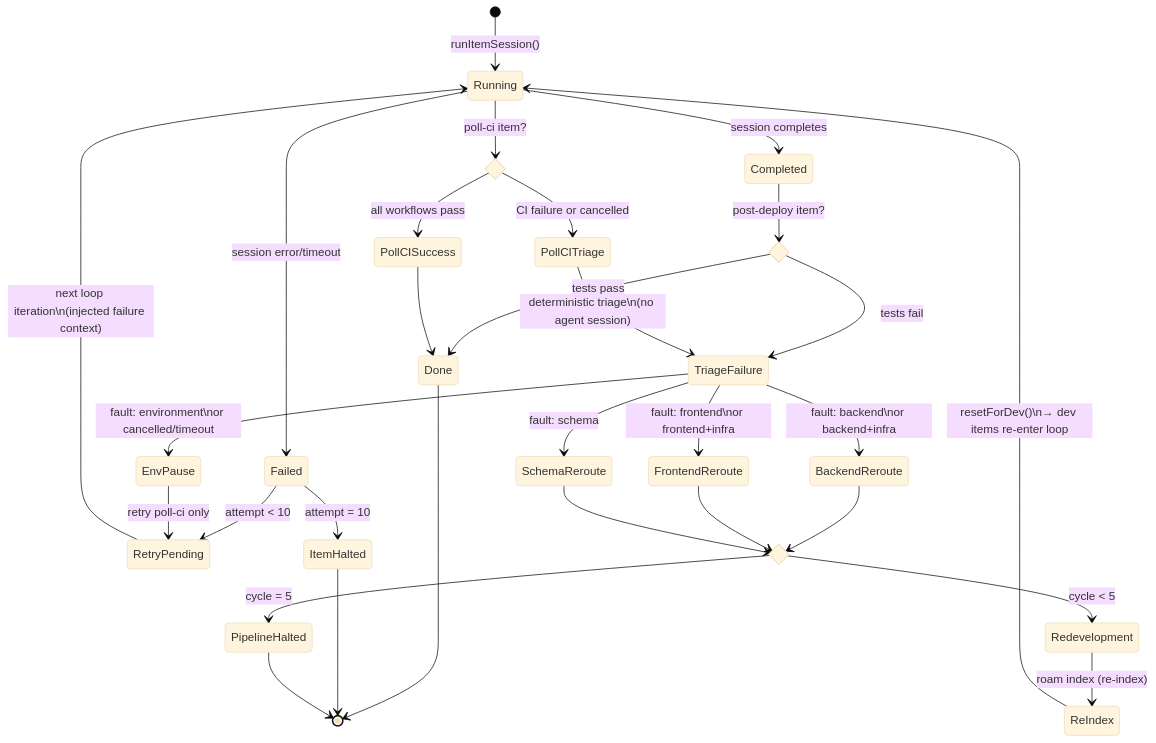
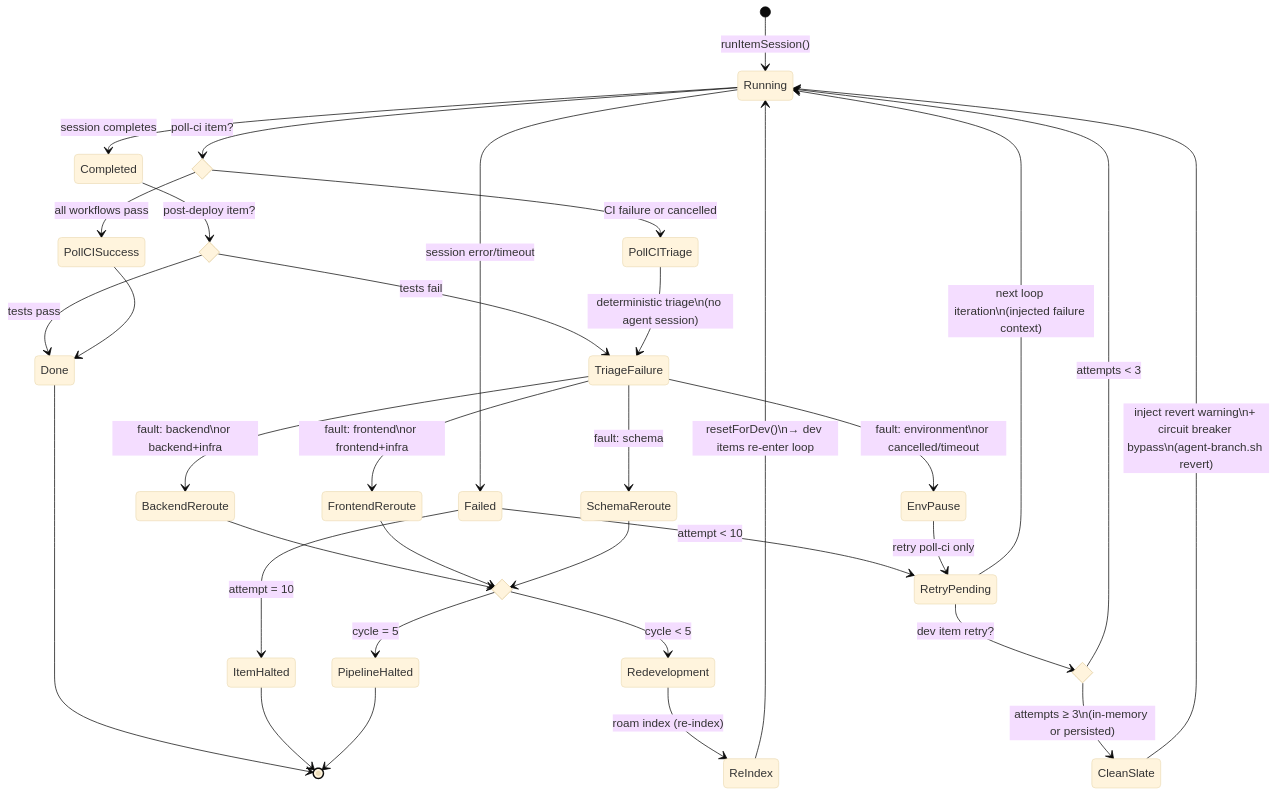
Before and after one commit to RomanKaliupinMelonusa/DAGent-t: the third of 5 diagrams in tools/autonomous-factory/docs/01-watchdog.md, drawn with Mermaid (base theme). The commit also changed other lines of this file and 2 other files, not shown here.

Commit message:
Add clean-slate revert workflow and docs
Introduce a "clean-slate revert" flow across the autonomous factory docs and CI tooling. Adds a new `revert` command description for agent-branch (hard-resets feature branch to `origin/${BASE_BRANCH}` while stashing/restoring pipeline state files), documents the orchestrator warning when a dev agent fails ≥3 times, and notes a one-time circuit-breaker bypass to allow the revert. Updates watchdog state diagram and run-session fields (`effectiveDevAttempts`, `circuitBreakerBypassed`) to support detection and handling of repeated failures. Changes made in .github/AGENTIC-WORKFLOW.md, .github/copilot-instructions.md, and tools/autonomous-factory/docs/01-watchdog.md.

````diff
--- a/tools/autonomous-factory/docs/01-watchdog.md
+++ b/tools/autonomous-factory/docs/01-watchdog.md
@@ -111,46 +111,53 @@
 ```mermaid
 stateDiagram-v2
     [*] --> Running: runItemSession()
 
     Running --> Completed: session completes
     Running --> Failed: session error/timeout
 
     Failed --> RetryPending: attempt < 10
     Failed --> ItemHalted: attempt = 10
 
     RetryPending --> Running: next loop iteration\n(injected failure context)
 
     state PostDeployCheck <<choice>>
     Completed --> PostDeployCheck: post-deploy item?
     PostDeployCheck --> Done: tests pass
     PostDeployCheck --> TriageFailure: tests fail
 
     state PollCICheck <<choice>>
     Running --> PollCICheck: poll-ci item?
     PollCICheck --> PollCISuccess: all workflows pass
     PollCICheck --> PollCITriage: CI failure or cancelled
 
     PollCISuccess --> Done
     PollCITriage --> TriageFailure: deterministic triage\n(no agent session)
 
     TriageFailure --> BackendReroute: fault: backend\nor backend+infra
     TriageFailure --> FrontendReroute: fault: frontend\nor frontend+infra
     TriageFailure --> SchemaReroute: fault: schema
     TriageFailure --> EnvPause: fault: environment\nor cancelled/timeout
 
     state CycleCheck <<choice>>
     BackendReroute --> CycleCheck
     FrontendReroute --> CycleCheck
     SchemaReroute --> CycleCheck
     CycleCheck --> Redevelopment: cycle < 5
     CycleCheck --> PipelineHalted: cycle = 5
 
     EnvPause --> RetryPending: retry poll-ci only
 
     Redevelopment --> ReIndex: roam index (re-index)
     ReIndex --> Running: resetForDev()\n→ dev items re-enter loop
 
+    state RevertCheck <<choice>>
+    RetryPending --> RevertCheck: dev item retry?
+    RevertCheck --> CleanSlate: attempts ≥ 3\n(in-memory or persisted)
+    RevertCheck --> Running: attempts < 3
+
+    CleanSlate --> Running: inject revert warning\n+ circuit breaker bypass\n(agent-branch.sh revert)
+
     Done --> [*]
     ItemHalted --> [*]
     PipelineHalted --> [*]
 ```
````
